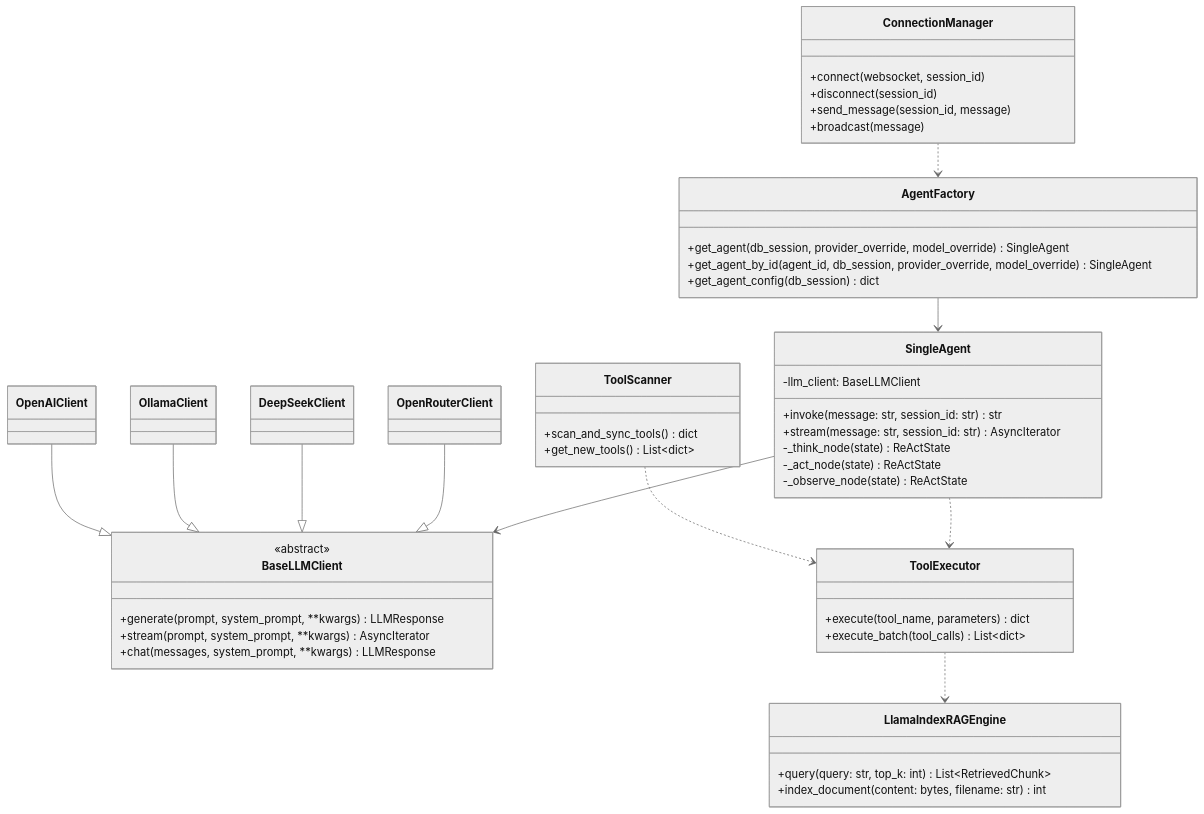
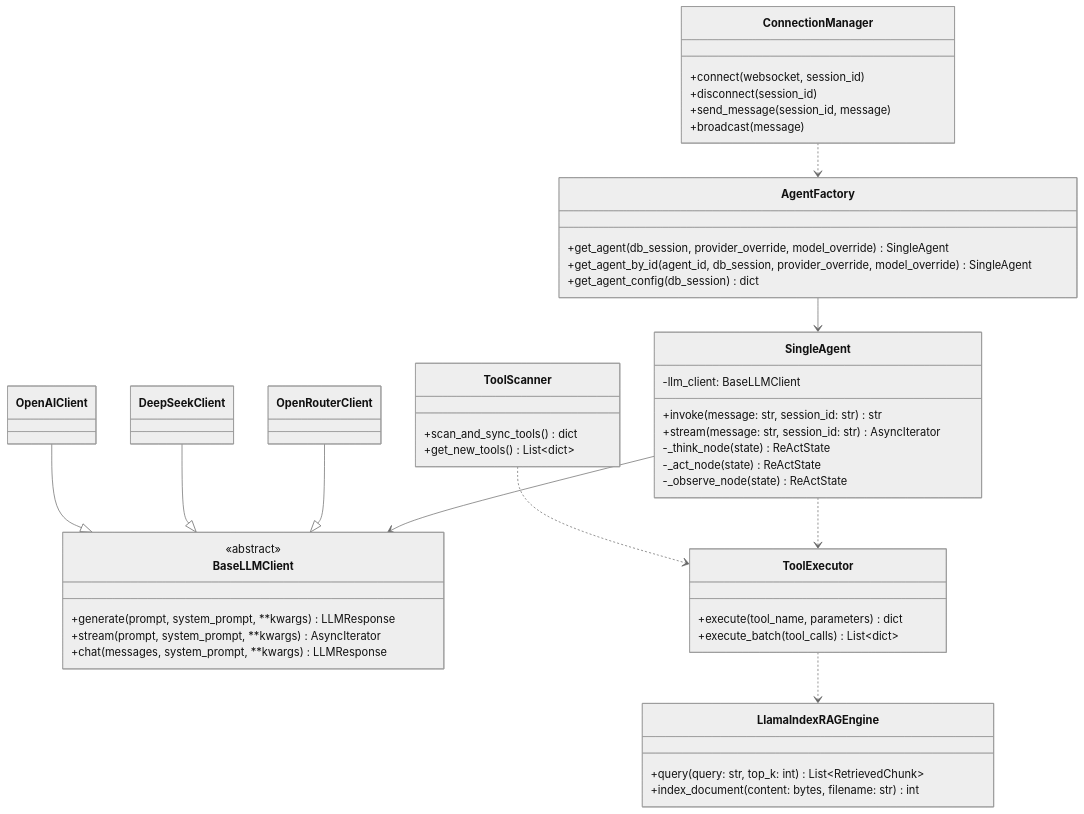
One commit to espresso23/Petties-Veterinary-Appointment-Booking-Platform changed diagram 11 of 11 in docs-references/documentation/AI_SERVICE_TECHNICAL_SPECIFICATION.md. Above: the diagram before and after it, drawn with Mermaid (neutral theme). The commit also changed other lines of this file and 108 other files, not shown here.

First line of the commit message:
feat(ai): add business chat booking flow and sync platform docs

````diff
--- a/docs-references/documentation/AI_SERVICE_TECHNICAL_SPECIFICATION.md
+++ b/docs-references/documentation/AI_SERVICE_TECHNICAL_SPECIFICATION.md
@@ -575,63 +728,61 @@
 ```mermaid
 classDiagram
     class ConnectionManager {
         +connect(websocket, session_id)
         +disconnect(session_id)
         +send_message(session_id, message)
         +broadcast(message)
     }
 
     class AgentFactory {
         +get_agent(db_session, provider_override, model_override) SingleAgent
         +get_agent_by_id(agent_id, db_session, provider_override, model_override) SingleAgent
         +get_agent_config(db_session) dict
     }
 
     class SingleAgent {
         -llm_client: BaseLLMClient
         +invoke(message: str, session_id: str) str
         +stream(message: str, session_id: str) AsyncIterator
         -_think_node(state) ReActState
         -_act_node(state) ReActState
         -_observe_node(state) ReActState
     }
 
     class BaseLLMClient {
         <<abstract>>
         +generate(prompt, system_prompt, **kwargs) LLMResponse
         +stream(prompt, system_prompt, **kwargs) AsyncIterator
         +chat(messages, system_prompt, **kwargs) LLMResponse
     }
 
     class OpenRouterClient
     class DeepSeekClient
-    class OllamaClient
     class OpenAIClient
 
     class ToolExecutor {
         +execute(tool_name, parameters) dict
         +execute_batch(tool_calls) List~dict~
     }
 
     class LlamaIndexRAGEngine {
         +query(query: str, top_k: int) List~RetrievedChunk~
         +index_document(content: bytes, filename: str) int
     }
 
     class ToolScanner {
         +scan_and_sync_tools() dict
         +get_new_tools() List~dict~
     }
 
     AgentFactory --> SingleAgent
     ConnectionManager ..> AgentFactory
     SingleAgent --> BaseLLMClient
     SingleAgent ..> ToolExecutor
     ToolExecutor ..> LlamaIndexRAGEngine
     ToolScanner ..> ToolExecutor
 
     OpenRouterClient --|> BaseLLMClient
     DeepSeekClient --|> BaseLLMClient
-    OllamaClient --|> BaseLLMClient
     OpenAIClient --|> BaseLLMClient
 ```
````
